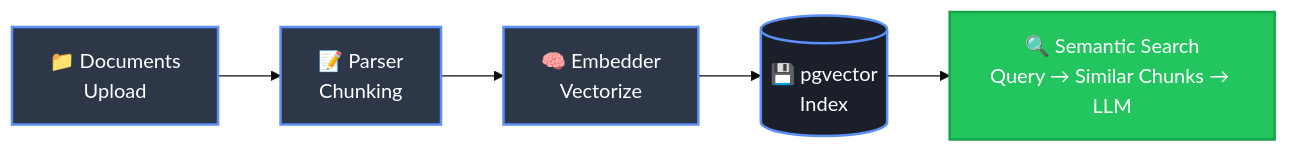
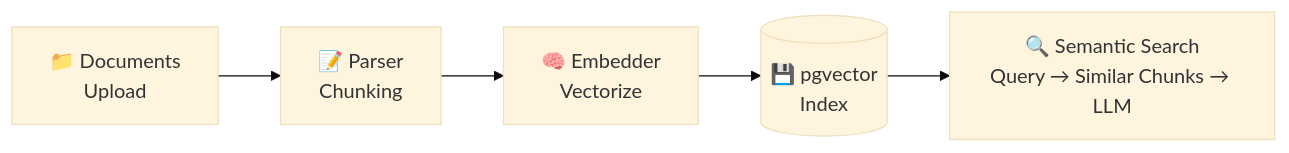
The first of 2 diagrams in documentation/docs/features/knowledge-base.md (jobel-ai/jobel-ai.github.io), drawn with Mermaid (base theme) before and after one commit. The commit also changed other lines of this file and 5 other files, not shown here.

````diff
--- a/documentation/docs/features/knowledge-base.md
+++ b/documentation/docs/features/knowledge-base.md
@@ -15,13 +15,7 @@
 ```mermaid
 flowchart LR
     Upload[📁 Documents<br/>Upload] --> Parser[📝 Parser<br/>Chunking]
     Parser --> Embedder[🧠 Embedder<br/>Vectorize]
     Embedder --> PGVector[(💾 pgvector<br/>Index)]
     PGVector --> Search[🔍 Semantic Search<br/>Query → Similar Chunks → LLM]
-    
-    style Upload fill:#2d3748,stroke:#5b8ff9,stroke-width:2px,color:#fff
-    style Parser fill:#2d3748,stroke:#5b8ff9,stroke-width:2px,color:#fff
-    style Embedder fill:#2d3748,stroke:#5b8ff9,stroke-width:2px,color:#fff
-    style PGVector fill:#1a1f2a,stroke:#5b8ff9,stroke-width:2px,color:#fff
-    style Search fill:#22c55e,stroke:#16a34a,stroke-width:2px,color:#fff
 ```
````
